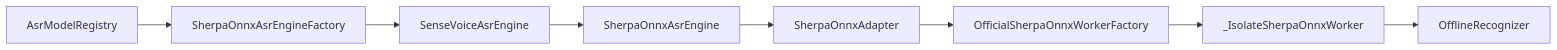
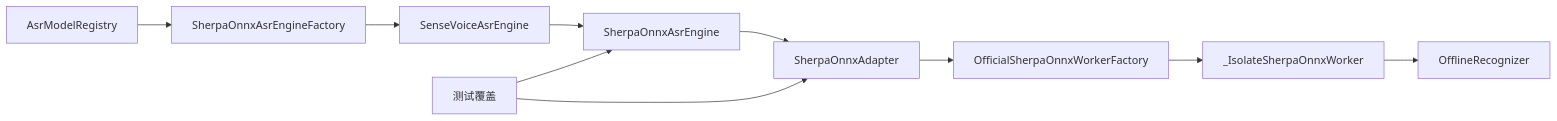
The eighth of 8 diagrams in .qoder/repowiki/zh/content/核心功能模块/语音识别系统.md (zhangheng2022/meet_trace), drawn with Mermaid before and after one commit. The commit also changed other lines of this file and 111 other files, not shown here.

````diff
--- a/.qoder/repowiki/zh/content/核心功能模块/语音识别系统.md
+++ b/.qoder/repowiki/zh/content/核心功能模块/语音识别系统.md
@@ -337,10 +400,12 @@
 ```mermaid
 graph LR
 Registry["AsrModelRegistry"] --> Factory["SherpaOnnxAsrEngineFactory"]
 Factory --> SenseVoice["SenseVoiceAsrEngine"]
 SenseVoice --> CoreEngine["SherpaOnnxAsrEngine"]
 CoreEngine --> Adapter["SherpaOnnxAdapter"]
 Adapter --> WorkerFactory["OfficialSherpaOnnxWorkerFactory"]
 WorkerFactory --> IsolateWorker["_IsolateSherpaOnnxWorker"]
 IsolateWorker --> Native["OfflineRecognizer"]
+TestCoverage["测试覆盖"] --> CoreEngine
+TestCoverage --> Adapter
 ```
````
